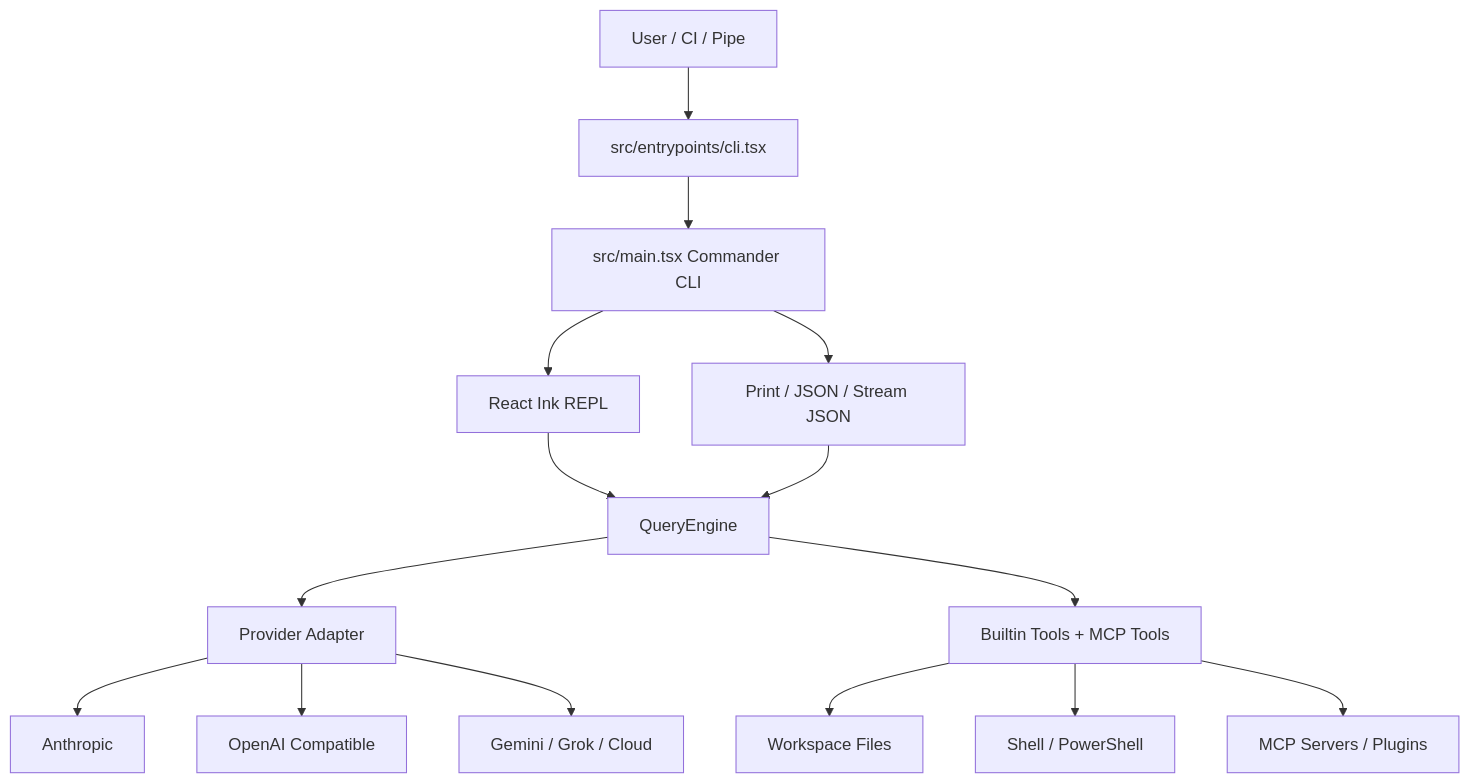
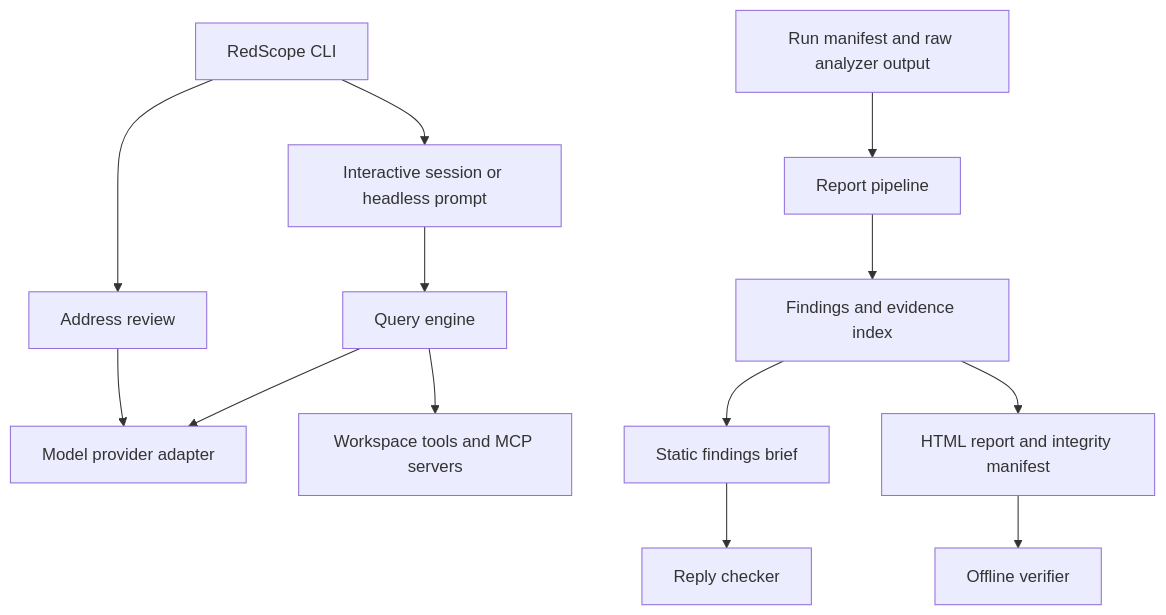
The diagram in README.en.md (PuppetWen/RedScope-AI), drawn with Mermaid before and after one commit. The commit also changed other lines of this file and 33 other files, not shown here.

Commit message:
feat: add evidence-backed review workflows and bilingual guides

````diff
--- a/README.en.md
+++ b/README.en.md
@@ -205,17 +152,15 @@
 ```mermaid
 flowchart TD
-  U["User / CI / Pipe"] --> CLI["src/entrypoints/cli.tsx"]
-  CLI --> MAIN["src/main.tsx Commander CLI"]
-  MAIN --> REPL["React Ink REPL"]
-  MAIN --> HEADLESS["Print / JSON / Stream JSON"]
-  REPL --> ENGINE["QueryEngine"]
-  HEADLESS --> ENGINE
-  ENGINE --> API["Provider Adapter"]
-  API --> P1["Anthropic"]
-  API --> P2["OpenAI Compatible"]
-  API --> P3["Gemini / Grok / Cloud"]
-  ENGINE --> TOOLS["Builtin Tools + MCP Tools"]
-  TOOLS --> FILES["Workspace Files"]
-  TOOLS --> SHELL["Shell / PowerShell"]
-  TOOLS --> MCP["MCP Servers / Plugins"]
+  CLI["RedScope CLI"] --> Session["Interactive session or headless prompt"]
+  CLI --> Address["Address review"]
+  Session --> Engine["Query engine"]
+  Engine --> Adapter["Model provider adapter"]
+  Engine --> Tools["Workspace tools and MCP servers"]
+  Address --> Adapter
+  Raw["Run manifest and raw analyzer output"] --> Report["Report pipeline"]
+  Report --> Findings["Findings and evidence index"]
+  Findings --> Brief["Static findings brief"]
+  Brief --> Reply["Reply checker"]
+  Findings --> Delivery["HTML report and integrity manifest"]
+  Delivery --> Verify["Offline verifier"]
 ```
````
